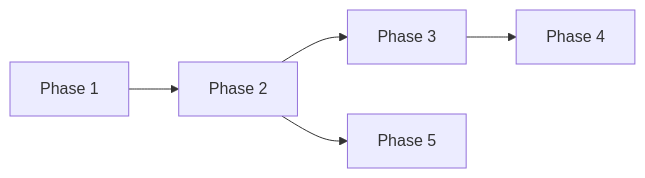
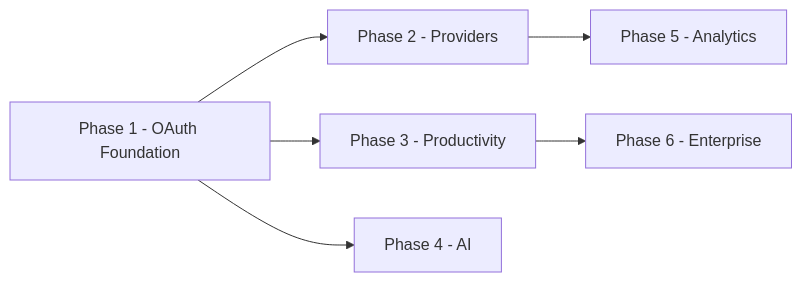
Before and after one commit to Bhupi2508/mailpilot-ai: the diagram in docs/04-roadmap.md, drawn with Mermaid. The commit also changed other lines of this file and 64 other files, not shown here.

Commit message:
feat: integrate Google OAuth, Gmail API flow, Express backend improvements, API redesign, and documentation

````diff
--- a/docs/04-roadmap.md
+++ b/docs/04-roadmap.md
@@ -53,7 +65,8 @@
 ```mermaid
 flowchart LR
-    P1[Phase 1] --> P2[Phase 2]
-    P2 --> P3[Phase 3]
-    P3 --> P4[Phase 4]
-    P2 --> P5[Phase 5]
+    P1[Phase 1 - OAuth Foundation] --> P2[Phase 2 - Providers]
+    P1 --> P3[Phase 3 - Productivity]
+    P1 --> P4[Phase 4 - AI]
+    P2 --> P5[Phase 5 - Analytics]
+    P3 --> P6[Phase 6 - Enterprise]
 ```
````
